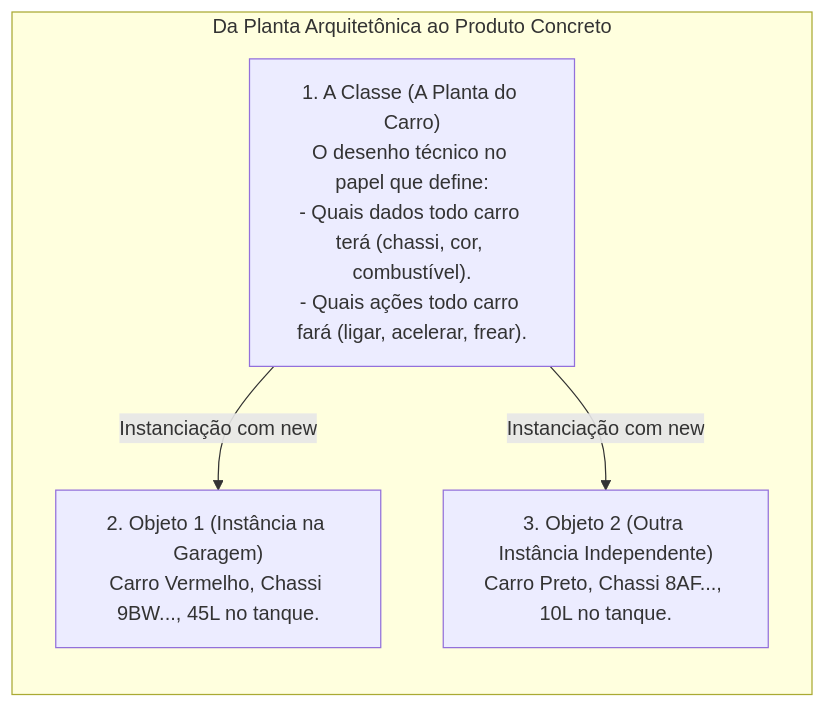
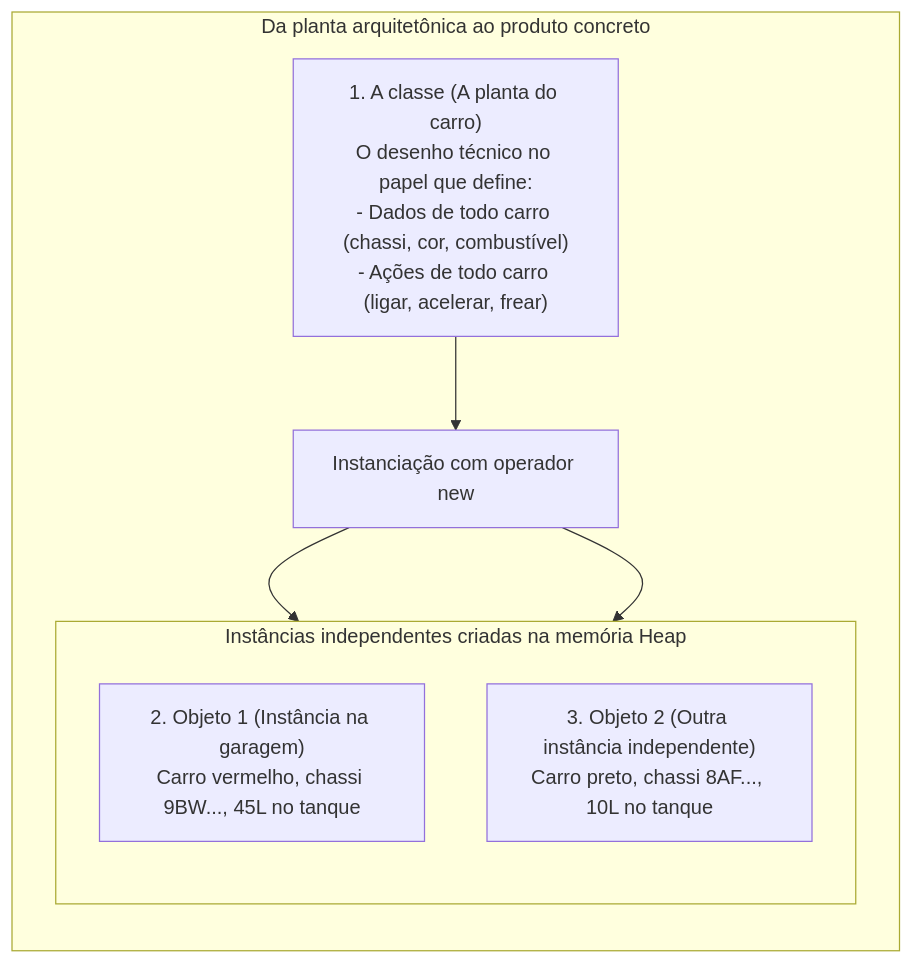
The first of 7 diagrams in 01. Programacao Modular/07. Atributos e métodos (classes, objetos e definição de membros).md (leorruas/puc), drawn with Mermaid before and after one commit. The commit also changed 28 other files, not shown here.

Commit message:
refactor(mermaid): padroniza todos os 62 blocos legados de graph TD para flowchart TD com curve linear e alinhamento ortogonal reto em todo o vault

````diff
--- a/01. Programacao Modular/07. Atributos e métodos (classes, objetos e definição de membros).md
+++ b/01. Programacao Modular/07. Atributos e métodos (classes, objetos e definição de membros).md
@@ -36,13 +36,19 @@
 ```mermaid
 flowchart TD
-    subgraph Fabrica ["Da Planta Arquitetônica ao Produto Concreto"]
+    subgraph Fabrica ["Da planta arquitetônica ao produto concreto"]
         direction TB
-        Classe["1. A Classe (A Planta do Carro)<br>O desenho técnico no papel que define:<br>- Quais dados todo carro terá (chassi, cor, combustível).<br>- Quais ações todo carro fará (ligar, acelerar, frear)."]
+        Classe["1. A classe (A planta do carro)<br>O desenho técnico no papel que define:<br>- Dados de todo carro (chassi, cor, combustível)<br>- Ações de todo carro (ligar, acelerar, frear)"]
         
-        Objeto1["2. Objeto 1 (Instância na Garagem)<br>Carro Vermelho, Chassi 9BW..., 45L no tanque."]
-        Objeto2["3. Objeto 2 (Outra Instância Independente)<br>Carro Preto, Chassi 8AF..., 10L no tanque."]
+        Instanciacao["Instanciação com operador new"]
+        
+        subgraph Instancias ["Instâncias independentes criadas na memória Heap"]
+            direction TB
+            Objeto1["2. Objeto 1 (Instância na garagem)<br>Carro vermelho, chassi 9BW..., 45L no tanque"]
+            Objeto2["3. Objeto 2 (Outra instância independente)<br>Carro preto, chassi 8AF..., 10L no tanque"]
+        end
 
-        Classe -->|Instanciação com new| Objeto1
-        Classe -->|Instanciação com new| Objeto2
+        Classe --> Instanciacao
+        Instanciacao --> Objeto1
+        Instanciacao --> Objeto2
     end
 ```
````
